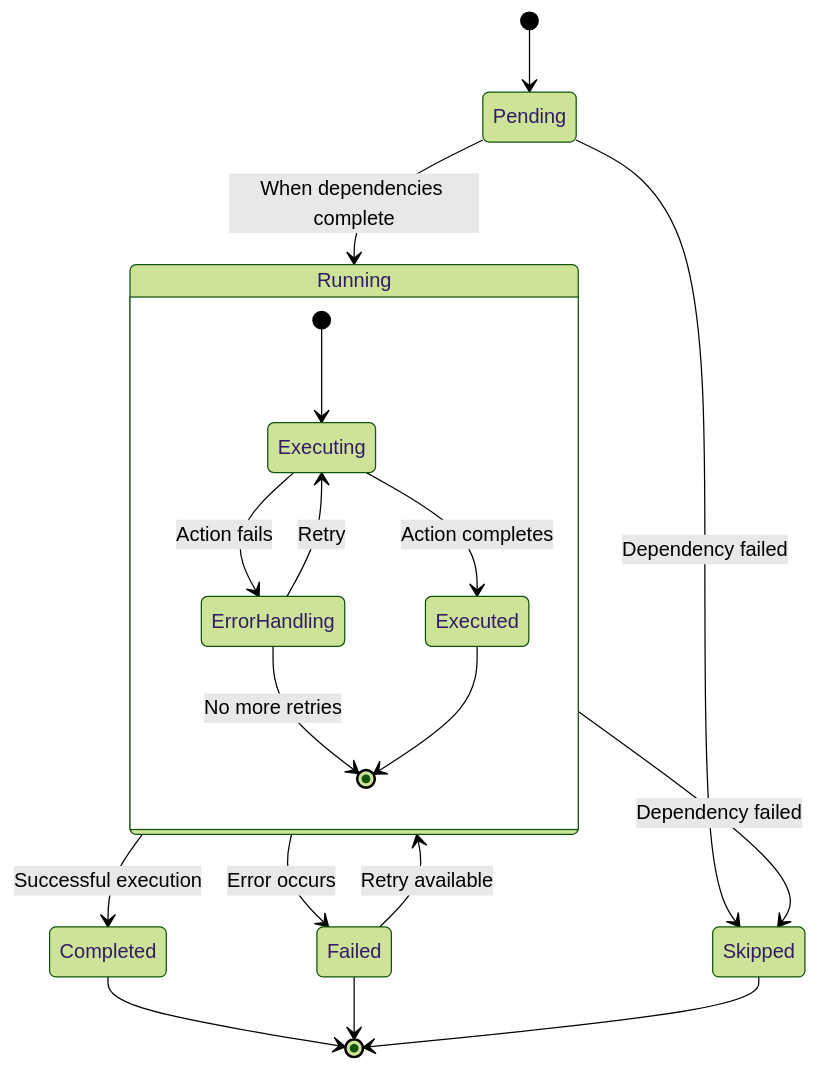
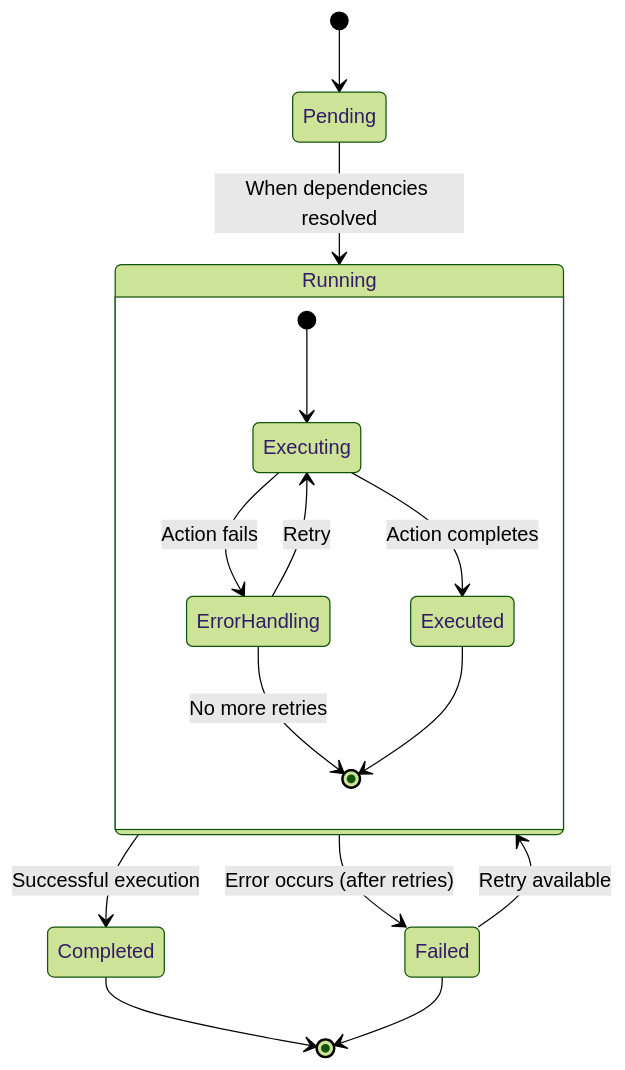
Before and after one commit to ppcavalcante/flow-orchestrator: the first of 2 diagrams in docs/architecture/dag-execution.md, drawn with Mermaid (forest theme). The commit also changed other lines of this file and 135 other files, not shown here.

````diff
--- a/docs/architecture/dag-execution.md
+++ b/docs/architecture/dag-execution.md
@@ -58,23 +60,20 @@
 ```mermaid
 stateDiagram-v2
     [*] --> Pending
-    Pending --> Running: When dependencies complete
+    Pending --> Running: When dependencies resolved
     Running --> Completed: Successful execution
-    Running --> Failed: Error occurs
+    Running --> Failed: Error occurs (after retries)
     Failed --> Running: Retry available
-    Running --> Skipped: Dependency failed
-    Pending --> Skipped: Dependency failed
-    
+
     Completed --> [*]
     Failed --> [*]
-    Skipped --> [*]
-    
+
     state Running {
         [*] --> Executing
         Executing --> Executed: Action completes
         Executing --> ErrorHandling: Action fails
         ErrorHandling --> Executing: Retry
         ErrorHandling --> [*]: No more retries
         Executed --> [*]
     }
 ```
````
